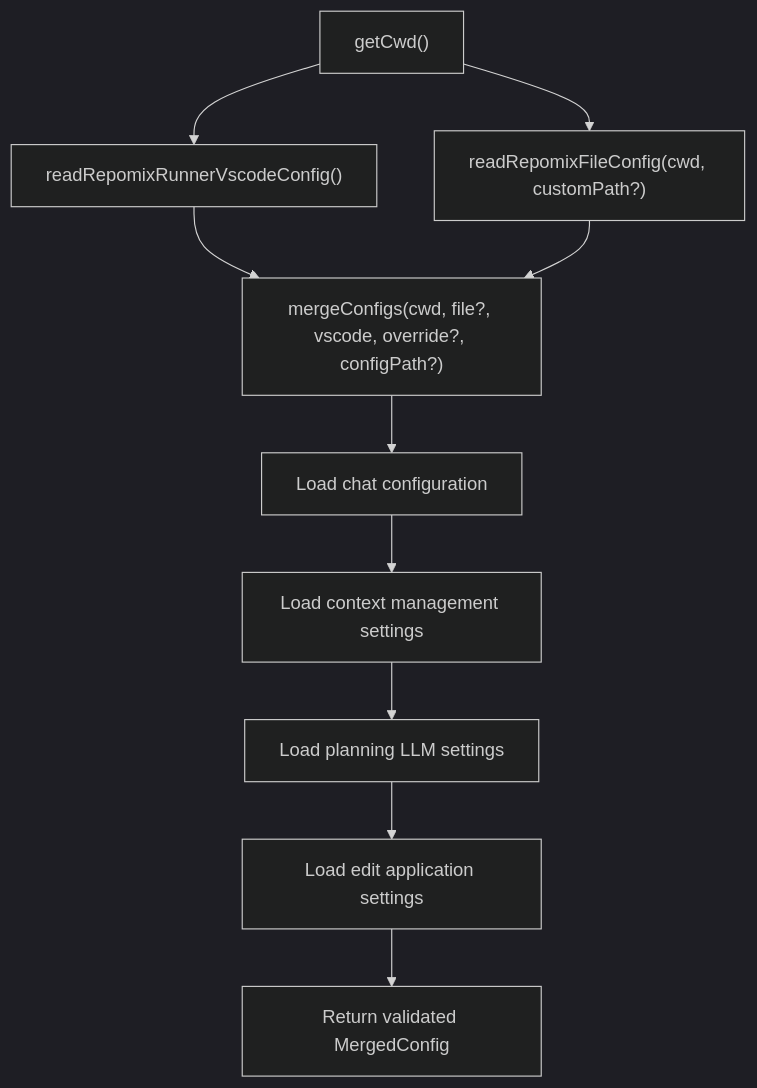
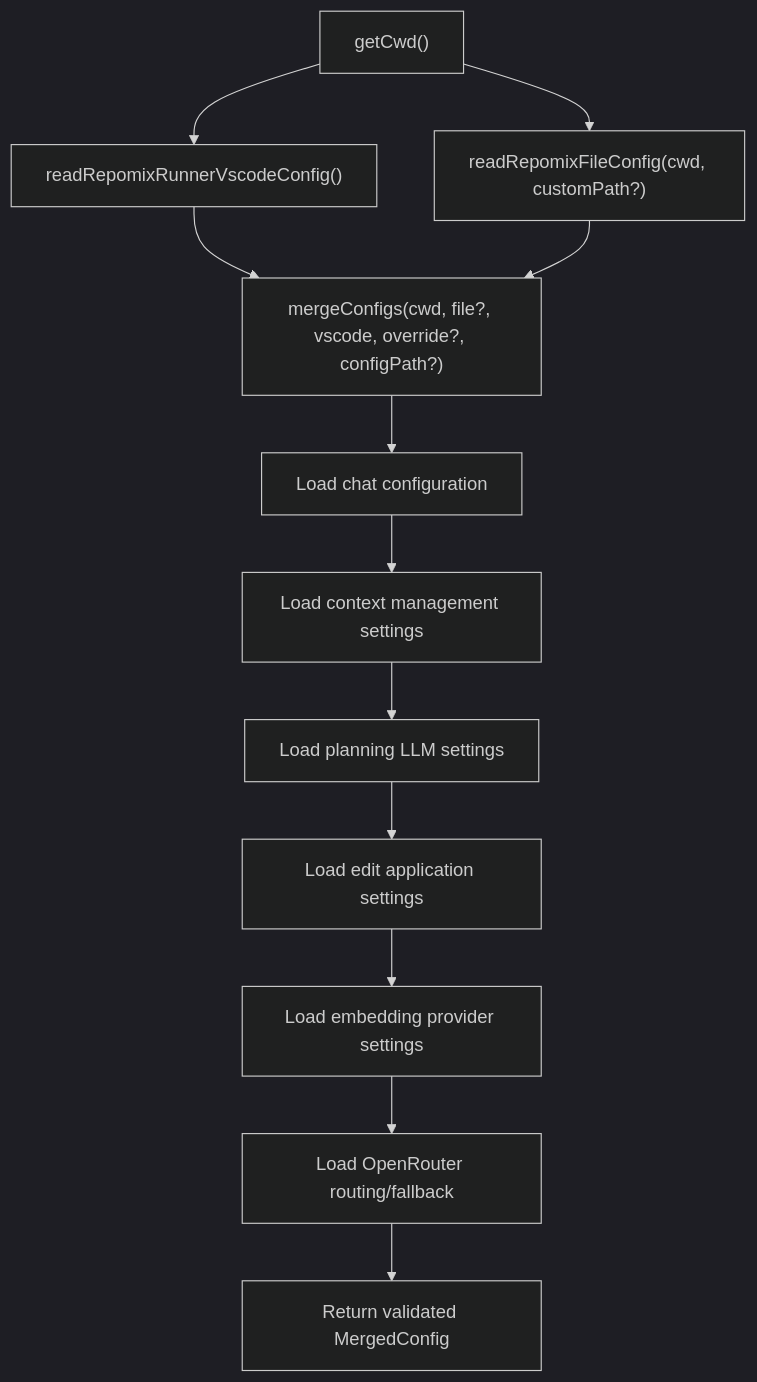
One commit to bramburn/repomix-runner changed the fifth of 11 diagrams in .qoder/repowiki/en/content/Configuration Management/Configuration Management.md. Above: the diagram before and after it, drawn with Mermaid (dark theme). The commit also changed other lines of this file and 14 other files, not shown here.

````diff
--- a/.qoder/repowiki/en/content/Configuration Management/Configuration Management.md
+++ b/.qoder/repowiki/en/content/Configuration Management/Configuration Management.md
@@ -403,12 +443,14 @@
 ```mermaid
 flowchart TD
 A["getCwd()"] --> B["readRepomixRunnerVscodeConfig()"]
 A --> C["readRepomixFileConfig(cwd, customPath?)"]
 B --> D["mergeConfigs(cwd, file?, vscode, override?, configPath?)"]
 C --> D
 D --> E["Load chat configuration"]
 E --> F["Load context management settings"]
 F --> G["Load planning LLM settings"]
 G --> H["Load edit application settings"]
-H --> I["Return validated MergedConfig"]
+H --> I["Load embedding provider settings"]
+I --> J["Load OpenRouter routing/fallback"]
+J --> K["Return validated MergedConfig"]
 ```
````
